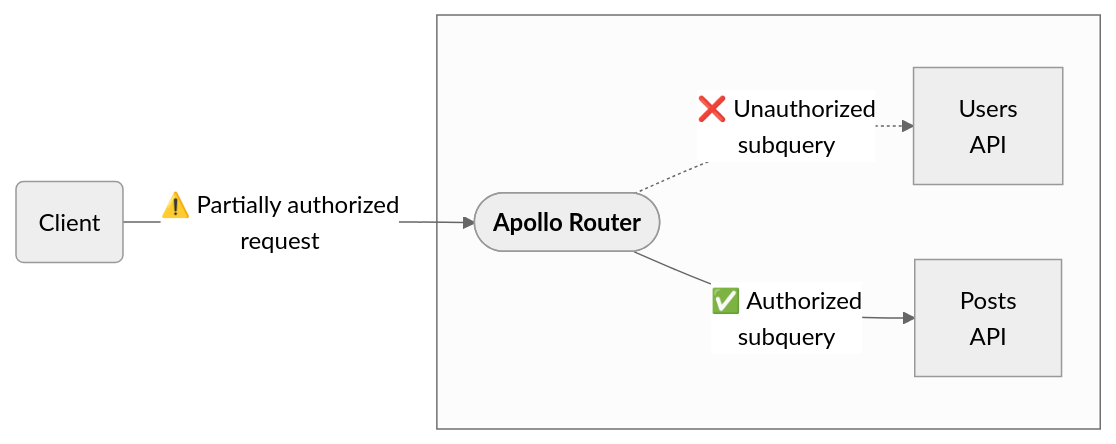
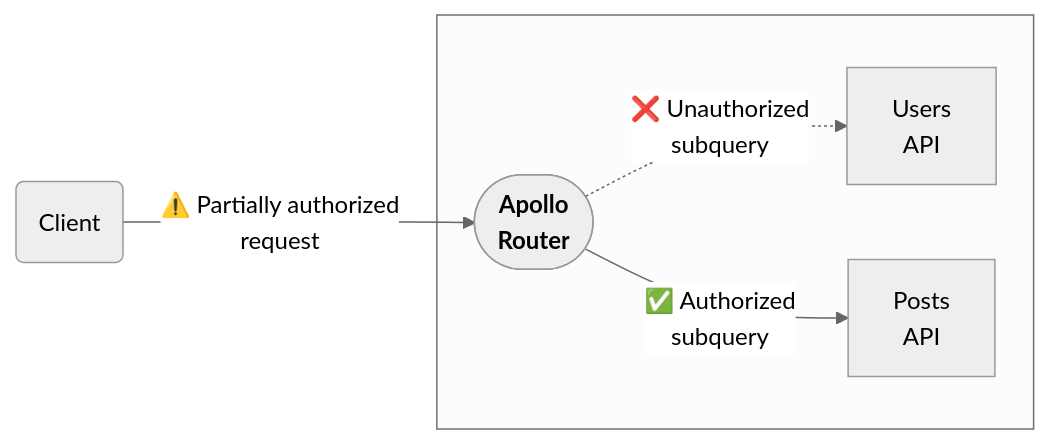
Before and after one commit to apollographql/router: the second of 3 diagrams in docs/source/configuration/authorization.mdx, drawn with Mermaid (neutral theme). The commit also changed other lines of this file, not shown here.

````diff
--- a/docs/source/configuration/authorization.mdx
+++ b/docs/source/configuration/authorization.mdx
@@ -31,12 +31,12 @@
   ```mermaid
   flowchart LR;
     clients(Client);
     subgraph Router[" "]
-      router(["<b>Apollo Router</b>"]);
+      router(["<b>Apollo<br/>Router</b>"]);
       serviceB[Users<br/>API];
       serviceC[Posts<br/>API];
     end
     router -->|"✅ Authorized <br/> subquery"| serviceC;
       router -.->|"❌ Unauthorized <br/> subquery"| serviceB;
     clients -->|"⚠️ Partially authorized <br/>request"| router;
   ```
````
